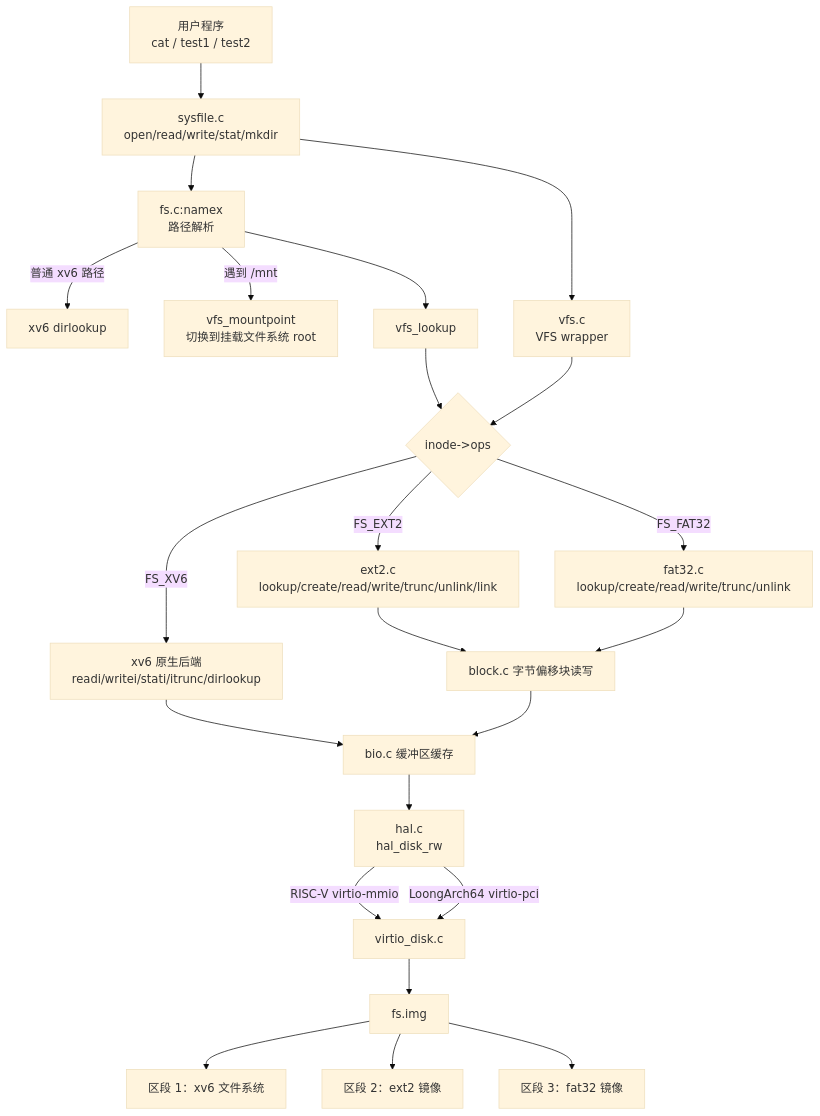
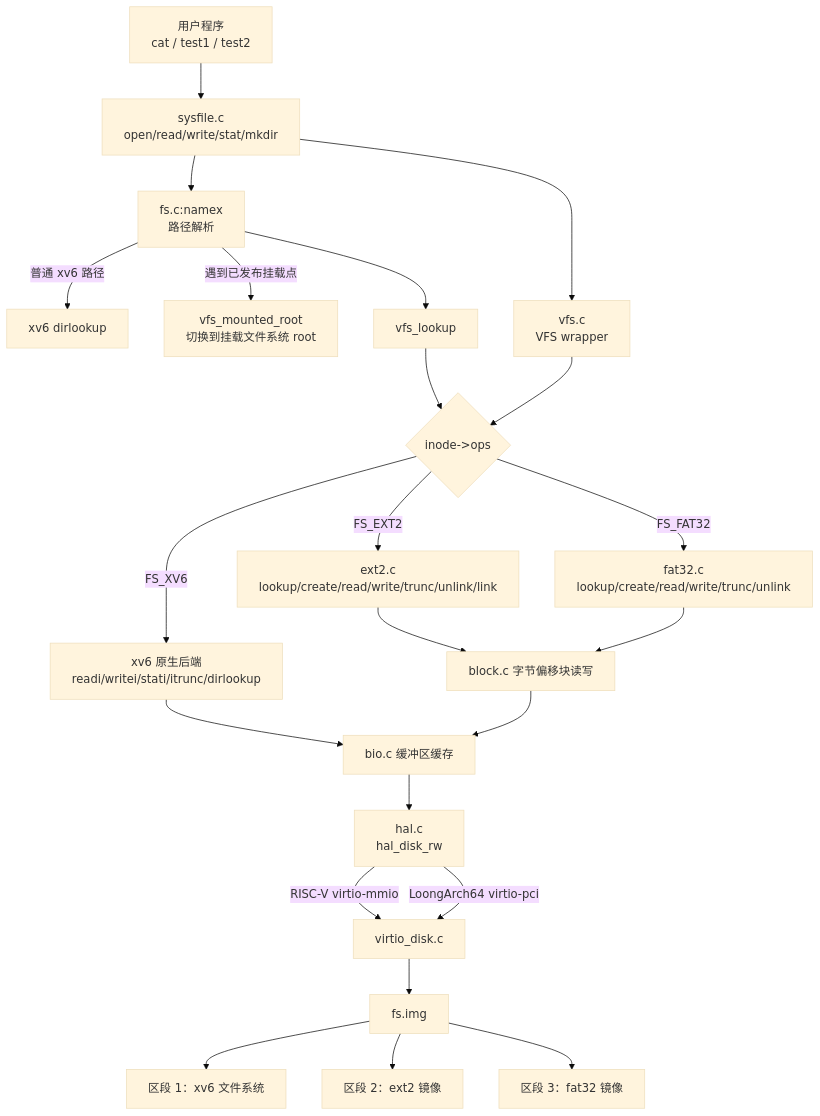
Before and after one commit to twilight-8/Nscscc-xv6-net-dynlink: the first of 2 diagrams in docs/design.md, drawn with Mermaid (base theme). The commit also changed other lines of this file and 56 other files, not shown here.

````diff
--- a/docs/design.md
+++ b/docs/design.md
@@ -18,32 +18,32 @@
 ```mermaid
 flowchart TD
     U[用户程序<br/>cat / test1 / test2] --> S[sysfile.c<br/>open/read/write/stat/mkdir]
 
     S --> N[fs.c:namex<br/>路径解析]
     N -->|普通 xv6 路径| XDIR[xv6 dirlookup]
-    N -->|遇到 /mnt| MP[vfs_mountpoint<br/>切换到挂载文件系统 root]
+    N -->|遇到已发布挂载点| MP[vfs_mounted_root<br/>切换到挂载文件系统 root]
 
     S --> V[vfs.c<br/>VFS wrapper]
     N --> VL[vfs_lookup]
 
     V --> OPS{inode->ops}
     VL --> OPS
 
     OPS -->|FS_XV6| XV6[xv6 原生后端<br/>readi/writei/stati/itrunc/dirlookup]
     OPS -->|FS_EXT2| EXT2[ext2.c<br/>lookup/create/read/write/trunc/unlink/link]
     OPS -->|FS_FAT32| FAT32[fat32.c<br/>lookup/create/read/write/trunc/unlink]
 
     XV6 --> BIO[bio.c 缓冲区缓存]
     EXT2 --> BLK[block.c 字节偏移块读写]
     FAT32 --> BLK
     BLK --> BIO
 
     BIO --> HAL[hal.c<br/>hal_disk_rw]
     HAL -->|RISC-V virtio-mmio| VIRTIO[virtio_disk.c]
     HAL -->|LoongArch64 virtio-pci| VIRTIO
 
     VIRTIO --> IMG[fs.img]
     IMG --> XIMG[区段 1：xv6 文件系统]
     IMG --> EIMG[区段 2：ext2 镜像]
     IMG --> FIMG[区段 3：fat32 镜像]
 ```
````
